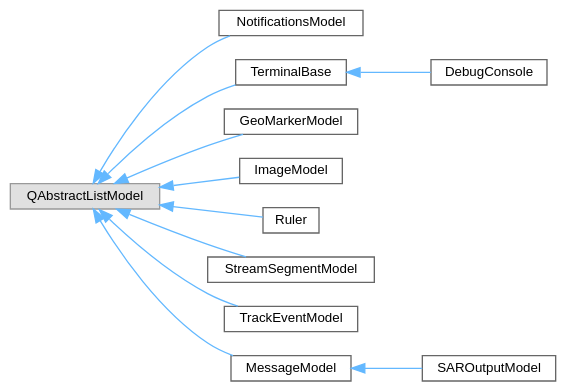
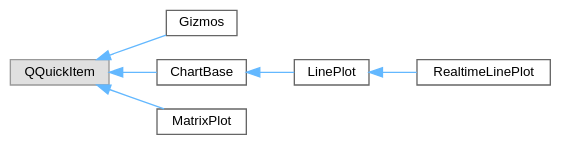
The diagram in docs/inherit_graph_20.dot (whs31/quasar-software), drawn with Graphviz before and after one commit. The commit also changed 65 other files, not shown here.

```diff
--- a/docs/inherit_graph_20.dot
+++ b/docs/inherit_graph_20.dot
@@ -1,30 +1,20 @@
 digraph "Иерархия классов. Графический вид."
 {
  // INTERACTIVE_SVG=YES
  // LATEX_PDF_SIZE
   bgcolor="transparent";
   edge [fontname=Helvetica,fontsize=10,labelfontname=Helvetica,labelfontsize=10];
   node [fontname=Helvetica,fontsize=10,shape=box,height=0.2,width=0.4];
   rankdir="LR";
-  Node0 [id="Node000000",label="QAbstractListModel",height=0.2,width=0.4,color="grey60", fillcolor="#E0E0E0", style="filled",tooltip=" "];
-  Node0 -> Node1 [id="edge55_Node000000_Node000001",dir="back",color="steelblue1",style="solid",tooltip=" "];
-  Node1 [id="Node000001",label="NotificationsModel",height=0.2,width=0.4,color="grey40", fillcolor="white", style="filled",URL="$d9/d3c/class_g_u_i_1_1_notifications_model.html",tooltip=" "];
-  Node0 -> Node2 [id="edge56_Node000000_Node000002",dir="back",color="steelblue1",style="solid",tooltip=" "];
-  Node2 [id="Node000002",label="TerminalBase",height=0.2,width=0.4,color="grey40", fillcolor="white", style="filled",URL="$d2/db3/class_g_u_i_1_1_terminal_base.html",tooltip=" "];
-  Node2 -> Node3 [id="edge57_Node000002_Node000003",dir="back",color="steelblue1",style="solid",tooltip=" "];
-  Node3 [id="Node000003",label="DebugConsole",height=0.2,width=0.4,color="grey40", fillcolor="white", style="filled",URL="$d6/d30/class_g_u_i_1_1_debug_console.html",tooltip=" "];
-  Node0 -> Node4 [id="edge58_Node000000_Node000004",dir="back",color="steelblue1",style="solid",tooltip=" "];
-  Node4 [id="Node000004",label="GeoMarkerModel",height=0.2,width=0.4,color="grey40", fillcolor="white", style="filled",URL="$d2/def/class_map_1_1_geo_marker_model.html",tooltip=" "];
-  Node0 -> Node5 [id="edge59_Node000000_Node000005",dir="back",color="steelblue1",style="solid",tooltip=" "];
-  Node5 [id="Node000005",label="ImageModel",height=0.2,width=0.4,color="grey40", fillcolor="white", style="filled",URL="$d0/d89/class_map_1_1_image_model.html",tooltip=" "];
-  Node0 -> Node6 [id="edge60_Node000000_Node000006",dir="back",color="steelblue1",style="solid",tooltip=" "];
-  Node6 [id="Node000006",label="Ruler",height=0.2,width=0.4,color="grey40", fillcolor="white", style="filled",URL="$d2/dfd/class_map_1_1_ruler.html",tooltip=" "];
-  Node0 -> Node7 [id="edge61_Node000000_Node000007",dir="back",color="steelblue1",style="solid",tooltip=" "];
-  Node7 [id="Node000007",label="StreamSegmentModel",height=0.2,width=0.4,color="grey40", fillcolor="white", style="filled",URL="$d4/db5/class_map_1_1_stream_segment_model.html",tooltip=" "];
-  Node0 -> Node8 [id="edge62_Node000000_Node000008",dir="back",color="steelblue1",style="solid",tooltip=" "];
-  Node8 [id="Node000008",label="TrackEventModel",height=0.2,width=0.4,color="grey40", fillcolor="white", style="filled",URL="$d9/d42/class_map_1_1_track_event_model.html",tooltip=" "];
-  Node0 -> Node9 [id="edge63_Node000000_Node000009",dir="back",color="steelblue1",style="solid",tooltip=" "];
-  Node9 [id="Node000009",label="MessageModel",height=0.2,width=0.4,color="grey40", fillcolor="white", style="filled",URL="$de/de9/class_quasar_s_d_k_1_1_i_o_1_1_message_model.html",tooltip="Базовый класс для модели сообщений."];
-  Node9 -> Node10 [id="edge64_Node000009_Node000010",dir="back",color="steelblue1",style="solid",tooltip=" "];
-  Node10 [id="Node000010",label="SAROutputModel",height=0.2,width=0.4,color="grey40", fillcolor="white", style="filled",URL="$df/d9e/class_quasar_s_d_k_1_1_i_o_1_1_s_a_r_output_model.html",tooltip="Класс-модель, обрабатывающий и хранящий сообщения от РЛС (VT100)."];
+  Node0 [id="Node000000",label="QQuickItem",height=0.2,width=0.4,color="grey60", fillcolor="#E0E0E0", style="filled",tooltip=" "];
+  Node0 -> Node1 [id="edge66_Node000000_Node000001",dir="back",color="steelblue1",style="solid",tooltip=" "];
+  Node1 [id="Node000001",label="Gizmos",height=0.2,width=0.4,color="grey40", fillcolor="white", style="filled",URL="$d8/dda/class_s_d_k_1_1_gizmos_1_1_gizmos.html",tooltip=" "];
+  Node0 -> Node2 [id="edge67_Node000000_Node000002",dir="back",color="steelblue1",style="solid",tooltip=" "];
+  Node2 [id="Node000002",label="ChartBase",height=0.2,width=0.4,color="grey40", fillcolor="white", style="filled",URL="$d2/d20/class_s_d_k_1_1_quick_1_1_chart_base.html",tooltip=" "];
+  Node2 -> Node3 [id="edge68_Node000002_Node000003",dir="back",color="steelblue1",style="solid",tooltip=" "];
+  Node3 [id="Node000003",label="LinePlot",height=0.2,width=0.4,color="grey40", fillcolor="white", style="filled",URL="$d4/d49/class_s_d_k_1_1_quick_1_1_line_plot.html",tooltip=" "];
+  Node3 -> Node4 [id="edge69_Node000003_Node000004",dir="back",color="steelblue1",style="solid",tooltip=" "];
+  Node4 [id="Node000004",label="RealtimeLinePlot",height=0.2,width=0.4,color="grey40", fillcolor="white", style="filled",URL="$d7/dcc/class_s_d_k_1_1_quick_1_1_realtime_line_plot.html",tooltip=" "];
+  Node0 -> Node5 [id="edge70_Node000000_Node000005",dir="back",color="steelblue1",style="solid",tooltip=" "];
+  Node5 [id="Node000005",label="MatrixPlot",height=0.2,width=0.4,color="grey40", fillcolor="white", style="filled",URL="$d1/d31/class_s_d_k_1_1_quick_1_1_matrix_plot.html",tooltip=" "];
 }
```
